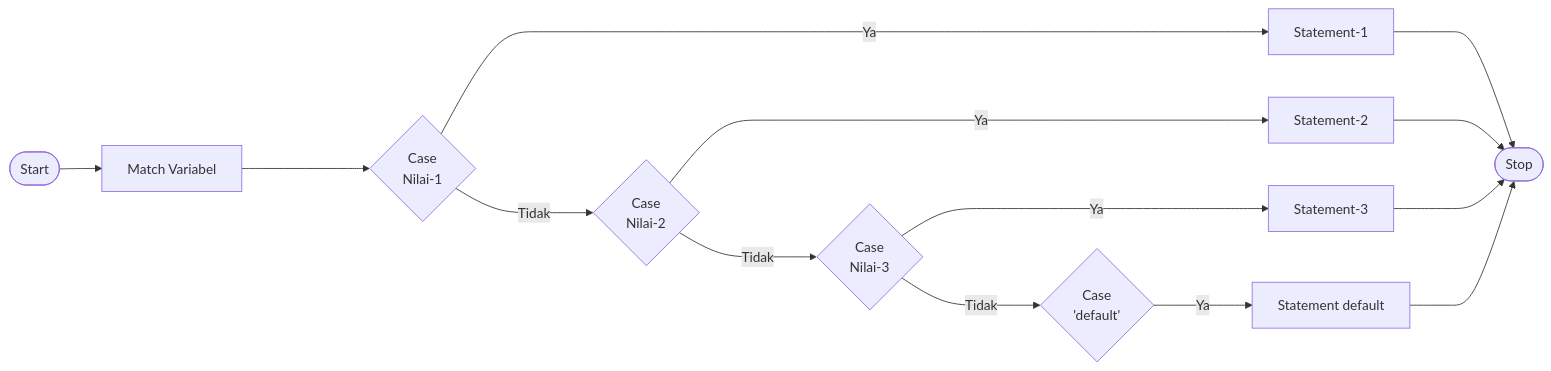
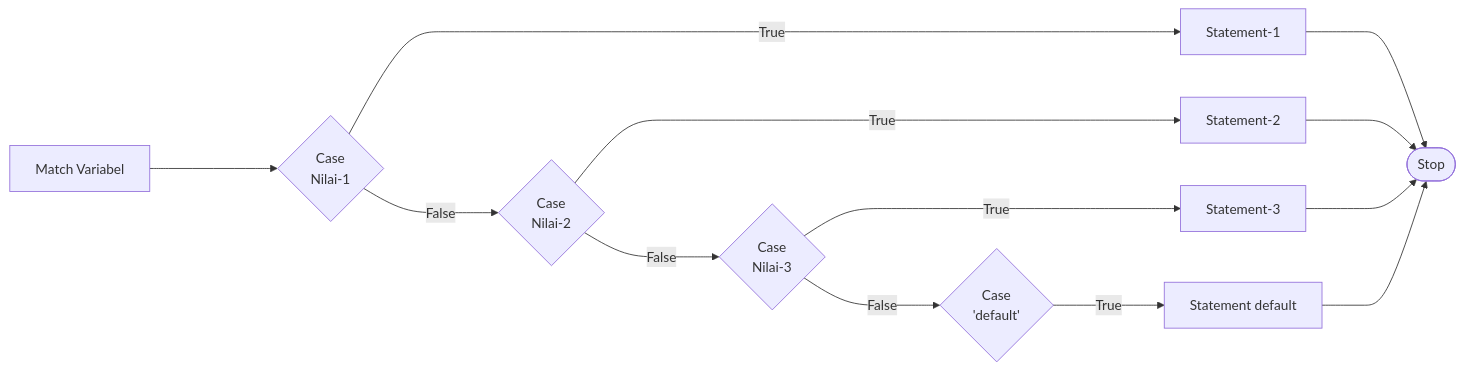
One commit to SisfoK/pp-python changed the fifth of 5 diagrams in Bab-2.md. Above: the diagram before and after it, drawn with Mermaid.

Commit message:
Update match_case

````diff
--- a/Bab-2.md
+++ b/Bab-2.md
@@ -305,21 +305,21 @@
    ```mermaid
    flowchart LR
-   A([Start]) --> B[Match Variabel]
+   B[Match Variabel]
    B ----> D{Case <br> Nilai-1}
-   D ---> |Ya| F[Statement-1]
+   D ---> |True| F[Statement-1]
    F ---> E
 
-   D --->|Tidak| H{Case <br> Nilai-2}
-   H --->|Ya| J[Statement-2]
+   D --->|False| H{Case <br> Nilai-2}
+   H --->|True| J[Statement-2]
    J ---> E
 
-   H --->|Tidak| L{Case <br> Nilai-3}
-   L --->|Ya| N[Statement-3]
+   H --->|False| L{Case <br> Nilai-3}
+   L --->|True| N[Statement-3]
    N ---> E 
 
-   L --->|Tidak| P{Case <br> 'default'}
-   P --->|Ya| R[Statement default]
+   L --->|False| P{Case <br> 'default'}
+   P --->|True| R[Statement default]
    R ---> E
 
    E([Stop])
    ```
````
